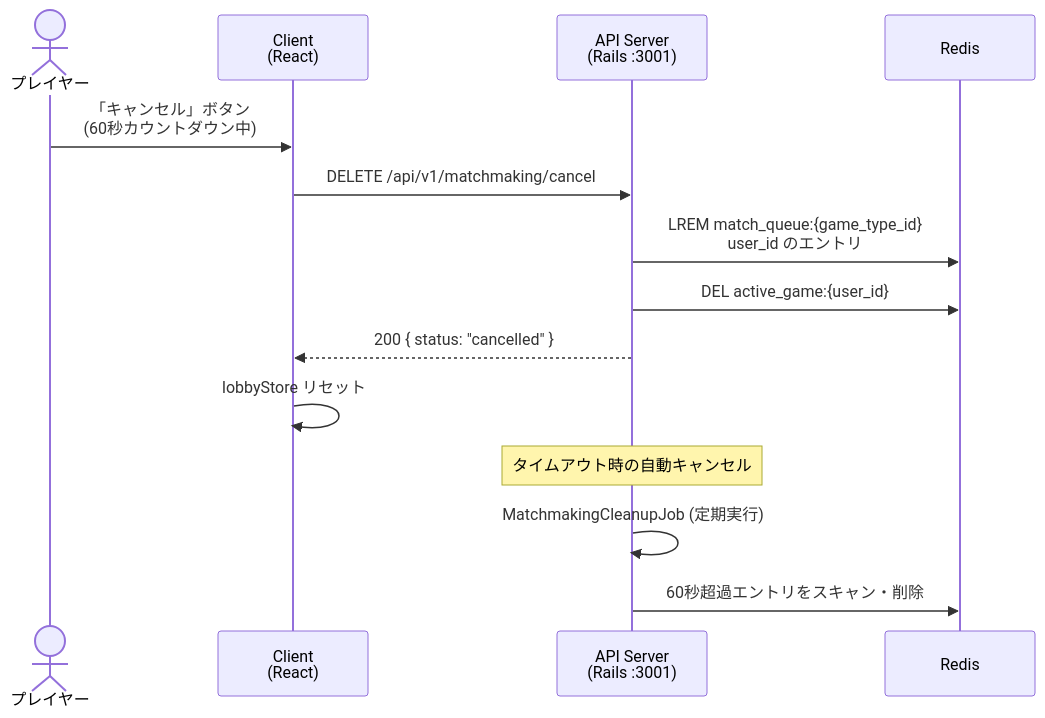
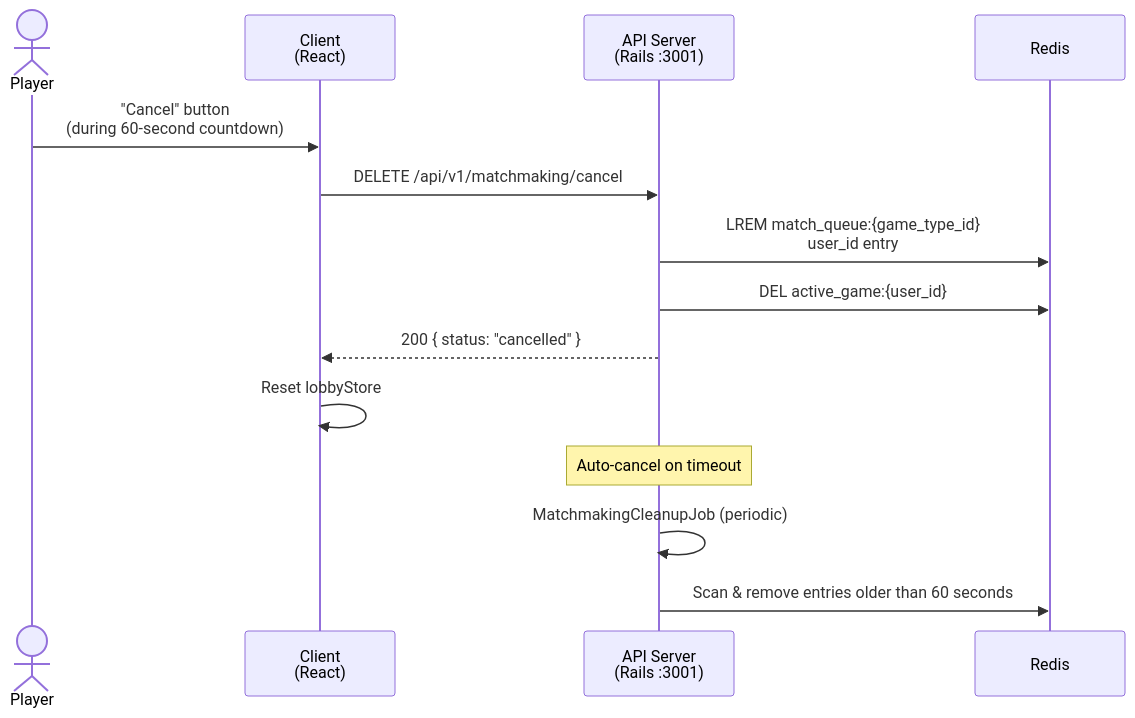
The sixth of 8 diagrams in docs/sequences.md (naokirin/room-based-multiplayer-poc), drawn with Mermaid before and after one commit. The commit also changed other lines of this file and 3 other files, not shown here.

````diff
--- a/docs/sequences.md
+++ b/docs/sequences.md
@@ -199,19 +199,19 @@
 ```mermaid
 sequenceDiagram
-    actor Player as プレイヤー
+    actor Player as Player
     participant Client as Client<br/>(React)
     participant API as API Server<br/>(Rails :3001)
     participant Redis as Redis
 
-    Player->>Client: 「キャンセル」ボタン<br/>(60秒カウントダウン中)
+    Player->>Client: "Cancel" button<br/>(during 60-second countdown)
     Client->>API: DELETE /api/v1/matchmaking/cancel
 
-    API->>Redis: LREM match_queue:{game_type_id}<br/>user_id のエントリ
+    API->>Redis: LREM match_queue:{game_type_id}<br/>user_id entry
     API->>Redis: DEL active_game:{user_id}
     API-->>Client: 200 { status: "cancelled" }
-    Client->>Client: lobbyStore リセット
+    Client->>Client: Reset lobbyStore
 
-    Note over API: タイムアウト時の自動キャンセル
-    API->>API: MatchmakingCleanupJob (定期実行)
-    API->>Redis: 60秒超過エントリをスキャン・削除
+    Note over API: Auto-cancel on timeout
+    API->>API: MatchmakingCleanupJob (periodic)
+    API->>Redis: Scan & remove entries older than 60 seconds
 ```
````
